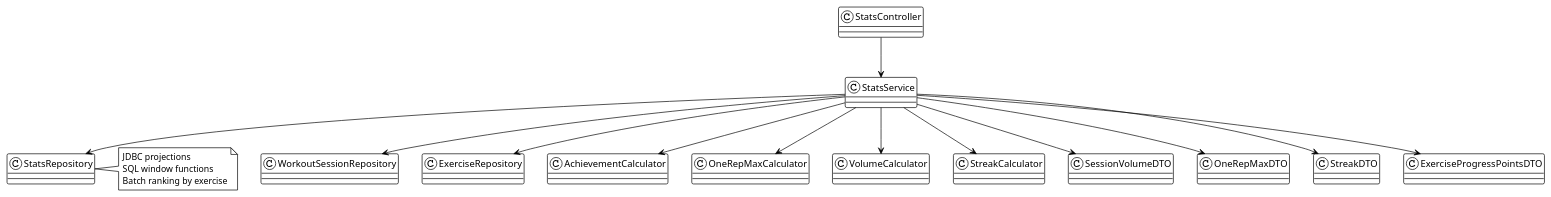
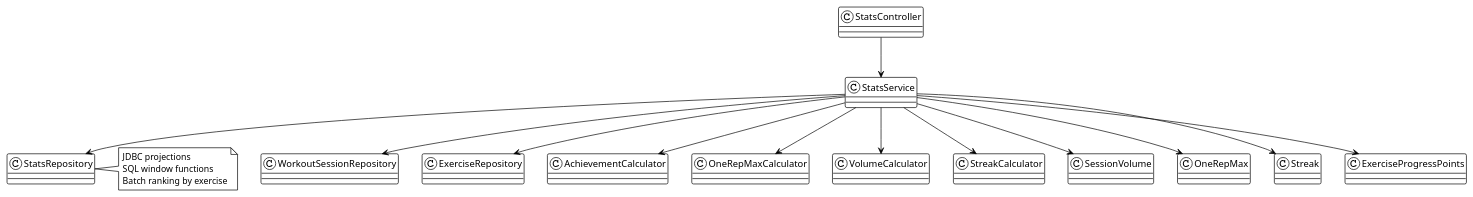
Before and after one commit to genesshoan/fitness-tracker-api: the diagram in docs/stats/stats-architecture.puml, drawn with PlantUML. The commit also changed 18 other files, not shown here.

```diff
--- a/docs/stats/stats-architecture.puml
+++ b/docs/stats/stats-architecture.puml
@@ -1,36 +1,36 @@
 @startuml
 !theme plain
 
 class StatsController
 class StatsService
 class StatsRepository
 class WorkoutSessionRepository
 class ExerciseRepository
 class AchievementCalculator
 class OneRepMaxCalculator
 class VolumeCalculator
 class StreakCalculator
-class SessionVolumeDTO
-class OneRepMaxDTO
-class StreakDTO
-class ExerciseProgressPointsDTO
+class SessionVolume
+class OneRepMax
+class Streak
+class ExerciseProgressPoints
 
 StatsController --> StatsService
 StatsService --> StatsRepository
 StatsService --> WorkoutSessionRepository
 StatsService --> ExerciseRepository
 StatsService --> AchievementCalculator
 StatsService --> OneRepMaxCalculator
 StatsService --> VolumeCalculator
 StatsService --> StreakCalculator
-StatsService --> SessionVolumeDTO
-StatsService --> OneRepMaxDTO
-StatsService --> StreakDTO
-StatsService --> ExerciseProgressPointsDTO
+StatsService --> SessionVolume
+StatsService --> OneRepMax
+StatsService --> Streak
+StatsService --> ExerciseProgressPoints
 
 note right of StatsRepository
   JDBC projections
   SQL window functions
   Batch ranking by exercise
 end note
 @enduml
```
